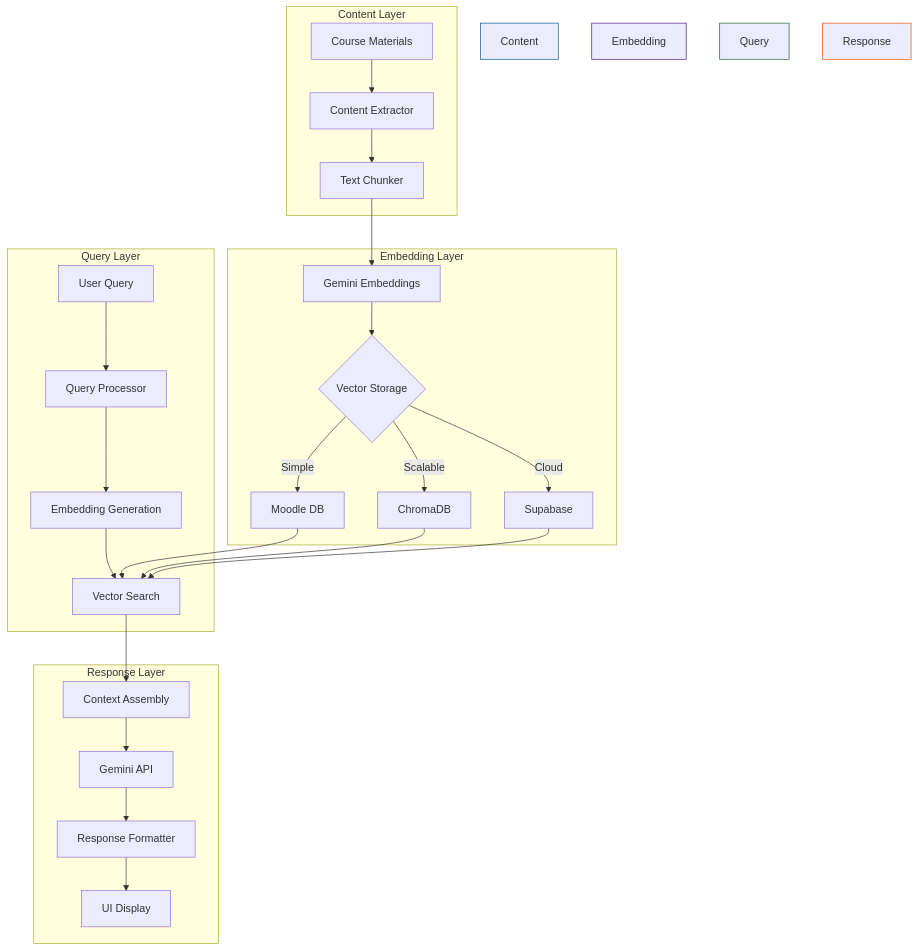
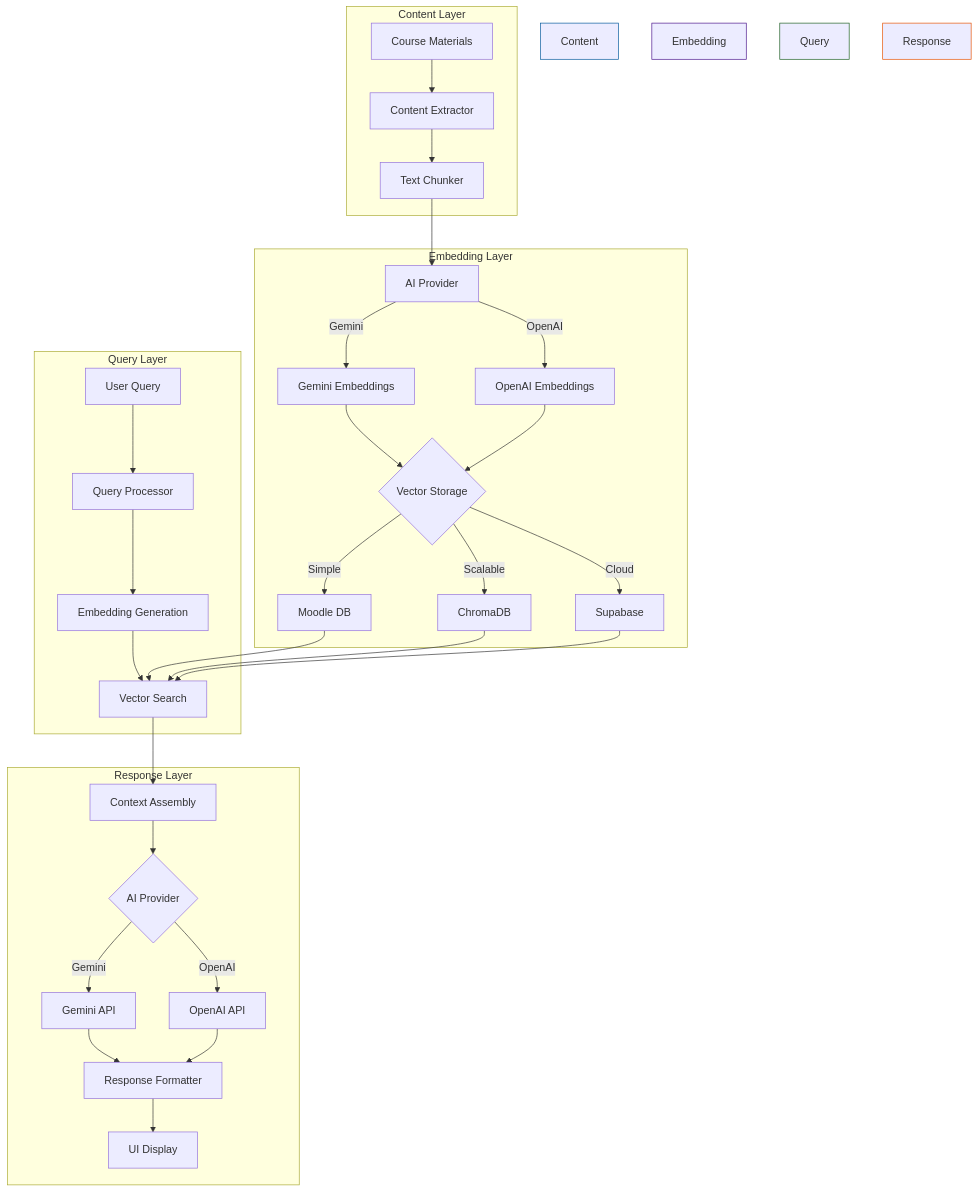
Before and after one commit to khairu-aqsara/moodle-blocks_terusrag: the diagram in README.md, drawn with Mermaid. The commit also changed other lines of this file and 7 other files, not shown here.

Commit message:
Refactor AI provider integration and update version; add support for OpenAI alongside Gemini

````diff
--- a/README.md
+++ b/README.md
@@ -16,34 +16,38 @@
 ```mermaid
 graph TB
     subgraph Content Layer
         A[Course Materials] --> B[Content Extractor]
         B --> C[Text Chunker]
     end
 
     subgraph Embedding Layer
-        C --> D[Gemini Embeddings]
-        D --> E{Vector Storage}
+        C --> D[AI Provider]
+        D -->|Gemini| D1[Gemini Embeddings]
+        D -->|OpenAI| D2[OpenAI Embeddings]
+        D1 & D2 --> E{Vector Storage}
         E -->|Simple| F[Moodle DB]
         E -->|Scalable| G[ChromaDB]
         E -->|Cloud| H[Supabase]
     end
 
     subgraph Query Layer
         I[User Query] --> J[Query Processor]
         J --> K[Embedding Generation]
         K --> L[Vector Search]
         F & G & H --> L
     end
 
     subgraph Response Layer
         L --> M[Context Assembly]
-        M --> N[Gemini API]
-        N --> O[Response Formatter]
+        M --> N{AI Provider}
+        N -->|Gemini| N1[Gemini API]
+        N -->|OpenAI| N2[OpenAI API]
+        N1 & N2 --> O[Response Formatter]
         O --> P[UI Display]
     end
 
     style Content Layer fill:#e1f5fe,stroke:#01579b
     style Embedding Layer fill:#f3e5f5,stroke:#4a148c
     style Query Layer fill:#e8f5e9,stroke:#1b5e20
     style Response Layer fill:#fff3e0,stroke:#e65100
 ```
````
